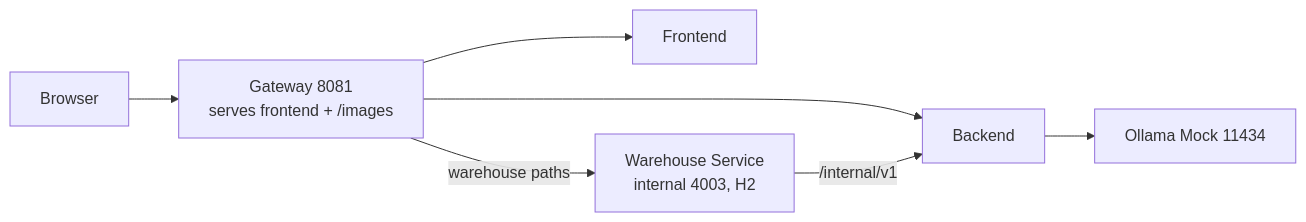
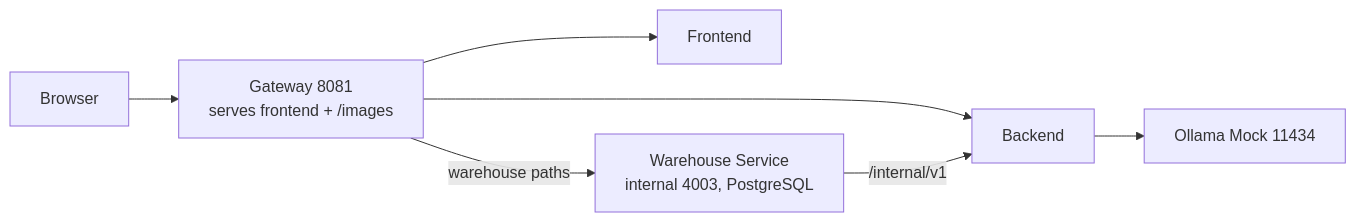
The first of 3 diagrams in docs/PROFILE_URLS.md (slawekradzyminski/awesome-localstack), drawn with Mermaid before and after one commit. The commit also changed other lines of this file and 31 other files, not shown here.

First line of the commit message:
PostgreSQL everywhere, backend 3.12.0 and single-vCPU relief (#73)

````diff
--- a/docs/PROFILE_URLS.md
+++ b/docs/PROFILE_URLS.md
@@ -41,9 +41,9 @@
 ```mermaid
 flowchart LR
     U[Browser] --> G[Gateway 8081<br/>serves frontend + /images]
     G --> F[Frontend]
     G --> B[Backend]
-    G -->|warehouse paths| W[Warehouse Service<br/>internal 4003, H2]
+    G -->|warehouse paths| W[Warehouse Service<br/>internal 4003, PostgreSQL]
     W -->|/internal/v1| B
     B --> O[Ollama Mock 11434]
 ```
````
